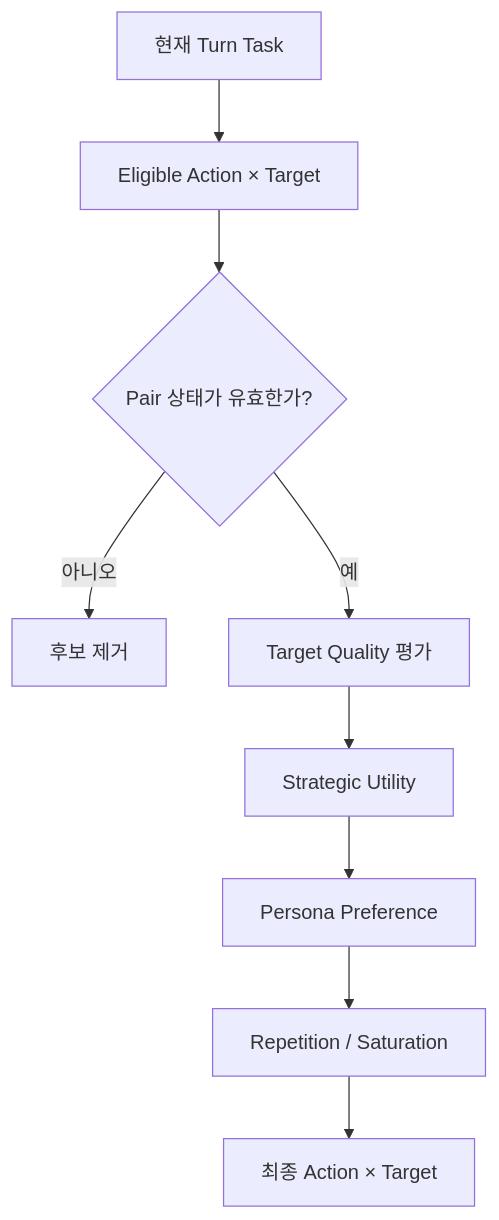
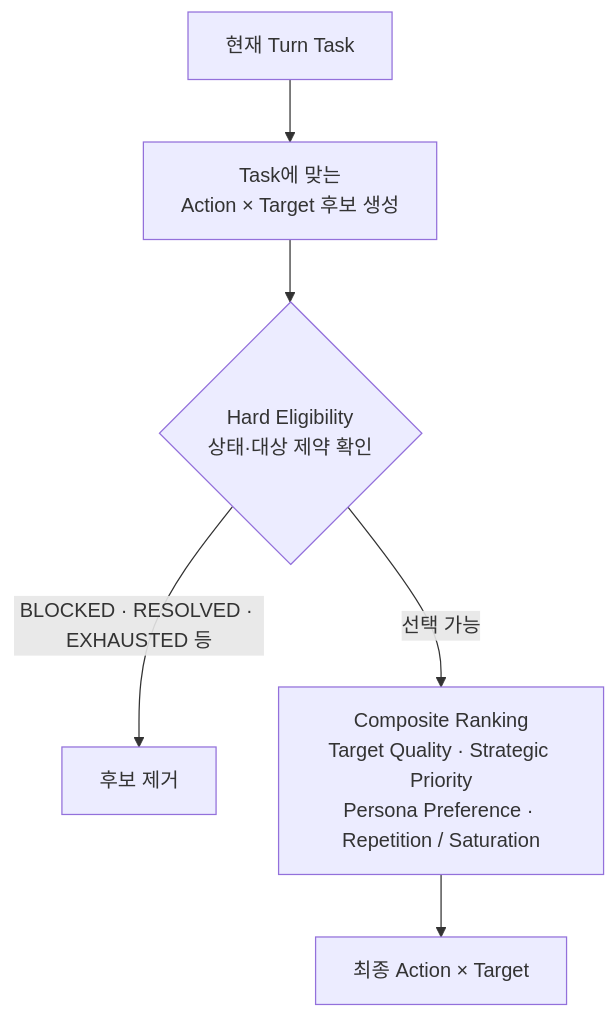
Before and after one commit to hodob/A1-3: the sixth of 11 diagrams in README.md, drawn with Mermaid. The commit also changed other lines of this file, not shown here.

Commit message:
docs: align debate flow explanations with runtime responsibilities

````diff
--- a/README.md
+++ b/README.md
@@ -290,12 +306,8 @@
 ```mermaid
 flowchart TD
-    A[현재 Turn Task] --> B[Eligible Action × Target]
-    B --> C{Pair 상태가 유효한가?}
-    C -->|아니오| Z[후보 제거]
-    C -->|예| D[Target Quality 평가]
-
-    D --> E[Strategic Utility]
-    E --> F[Persona Preference]
-    F --> G[Repetition / Saturation]
-    G --> H[최종 Action × Target]
+    A[현재 Turn Task] --> B[Task에 맞는<br/>Action × Target 후보 생성]
+    B --> C{Hard Eligibility<br/>상태·대상 제약 확인}
+    C -->|BLOCKED · RESOLVED · EXHAUSTED 등| X[후보 제거]
+    C -->|선택 가능| R[Composite Ranking<br/>Target Quality · Strategic Priority<br/>Persona Preference · Repetition / Saturation]
+    R --> H[최종 Action × Target]
 ```
````
